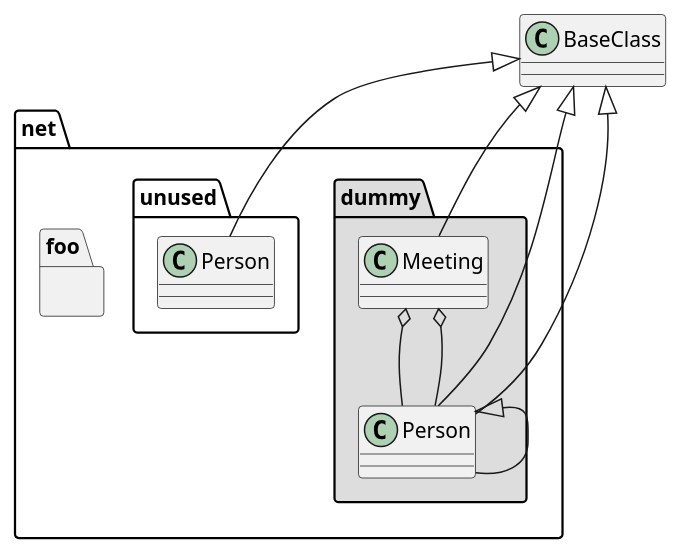
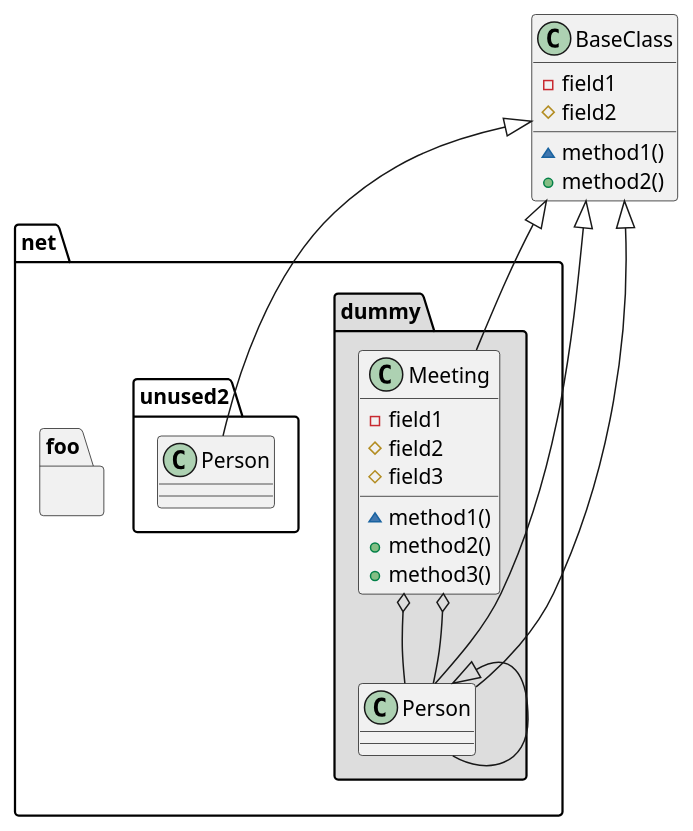
The fourth of 7 diagrams in doc/orgmode/lang.org (eiselekd/lang), drawn with PlantUML before and after one commit. The commit also changed other lines of this file and 1 other file, not shown here.

```diff
--- a/doc/orgmode/lang.org
+++ b/doc/orgmode/lang.org
@@ -79,20 +81,35 @@
 #+BEGIN_SRC plantuml :file test10.png
-class BaseClass
+class BaseClass {
+ -field1
+ #field2
+ ~method1()
+ +method2()
+}
+
 
 namespace net.dummy #DDDDDD {
     .BaseClass <|-- Person
+
+class Meeting {
+ -field1
+ #field2
+ #field3
+ ~method1()
+ +method2()
+ +method3()
+}
+
     Meeting o-- Person
-    
+
     .BaseClass <|- Meeting
 }
 
 namespace net.foo {
   net.dummy.Person  <|- Person
   .BaseClass <|-- Person
-
-  net.dummy.Meeting o-- Person
+   net.dummy.Meeting o-- Person
 }
 
-BaseClass <|-- net.unused.Person
+BaseClass <|-- net.unused2.Person
 
 #+END_SRC
```
